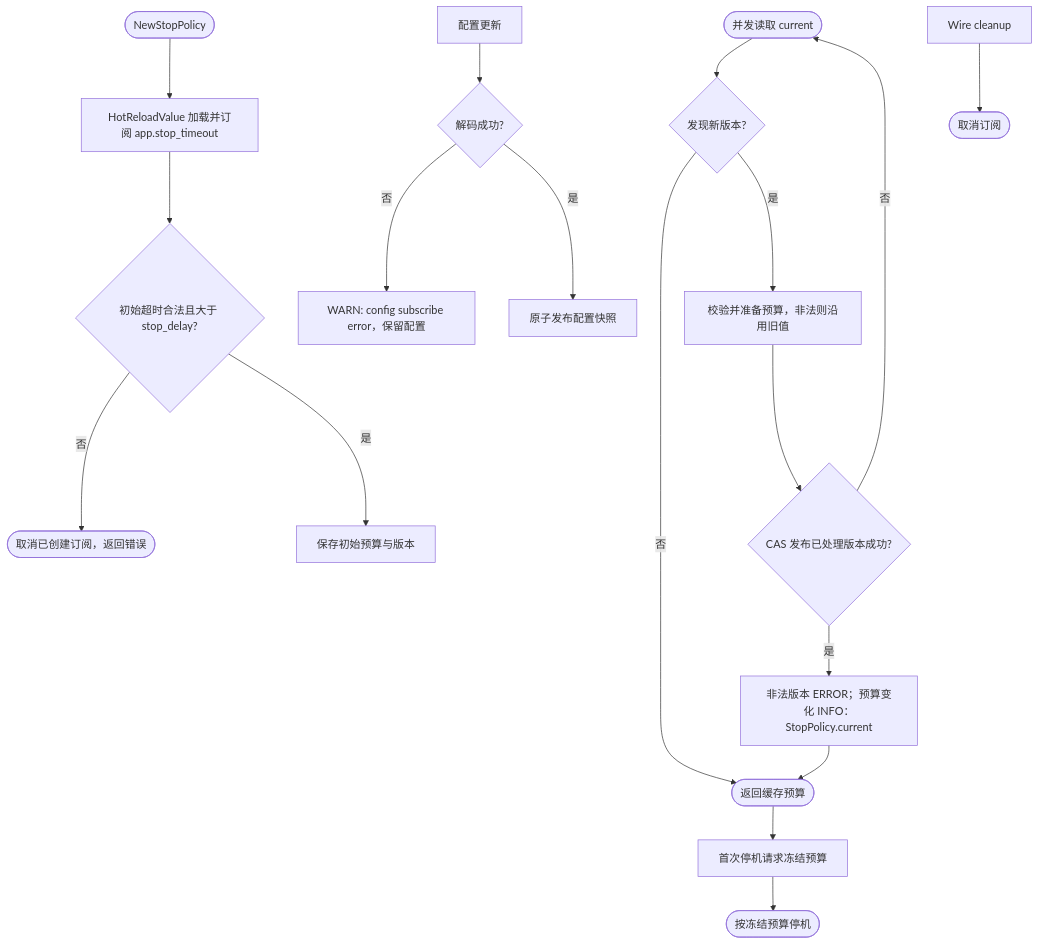
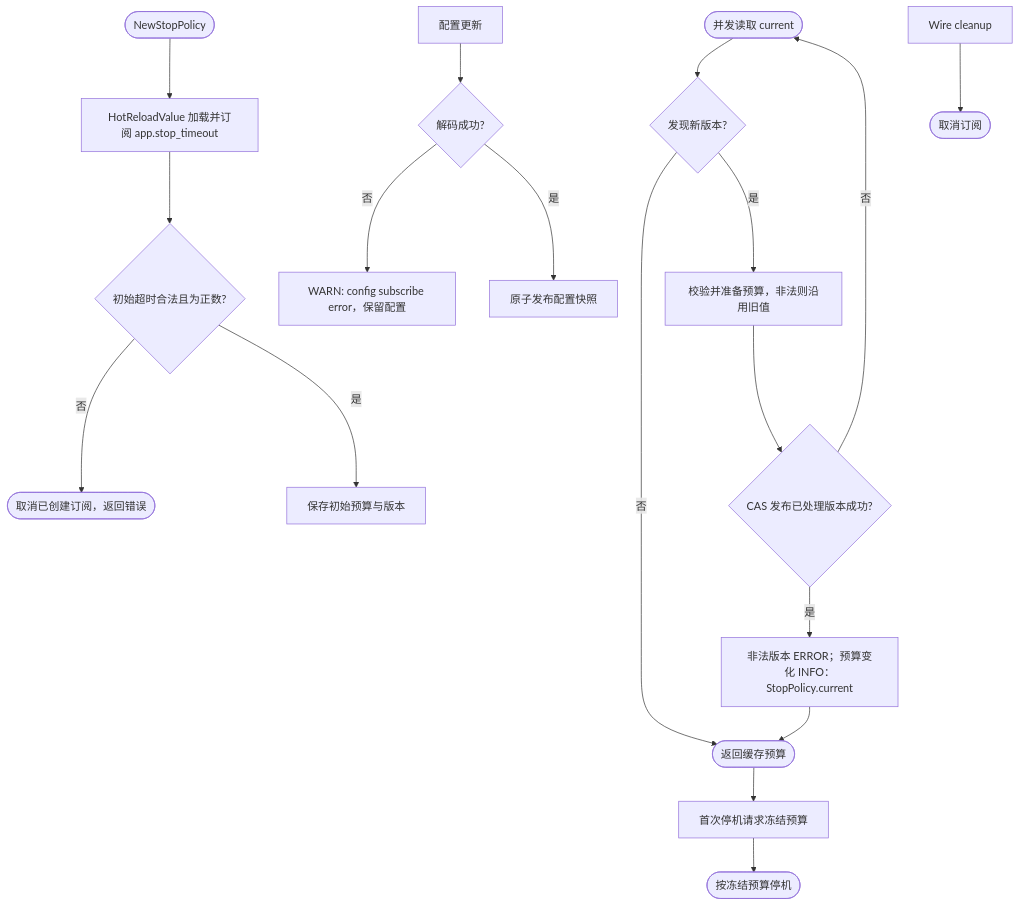
One commit to jaggerzhuang1994/kratos-foundation changed the fifth of 8 diagrams in pkg/app/README.md. Above: the diagram before and after it, drawn with Mermaid. The commit also changed other lines of this file and 290 other files, not shown here.

````diff
--- a/pkg/app/README.md
+++ b/pkg/app/README.md
@@ -116,20 +118,20 @@
 ```mermaid
 flowchart TD
     A([NewStopPolicy]) --> B[HotReloadValue 加载并订阅 app.stop_timeout]
-    B --> C{初始超时合法且大于 stop_delay?}
+    B --> C{初始超时合法且为正数?}
     C -- 否 --> D([取消已创建订阅，返回错误])
     C -- 是 --> E[保存初始预算与版本]
     U[配置更新] --> V{解码成功?}
     V -- 否 --> W[WARN: config subscribe error，保留配置]
     V -- 是 --> X[原子发布配置快照]
     R([并发读取 current]) --> S{发现新版本?}
     S -- 否 --> T([返回缓存预算])
     S -- 是 --> F[校验并准备预算，非法则沿用旧值]
     F --> G{CAS 发布已处理版本成功?}
     G -- 否 --> R
     G -- 是 --> H[非法版本 ERROR；预算变化 INFO：StopPolicy.current]
     H --> T
     T --> I[首次停机请求冻结预算]
     I --> J([按冻结预算停机])
     K[Wire cleanup] --> L([取消订阅])
 ```
````
